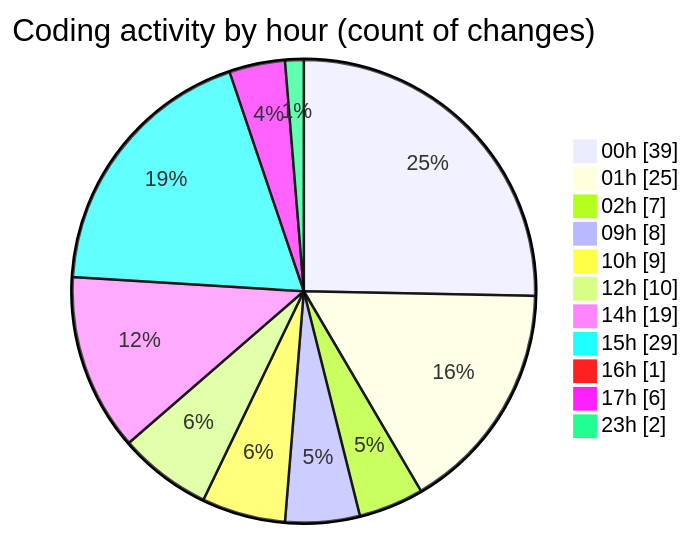
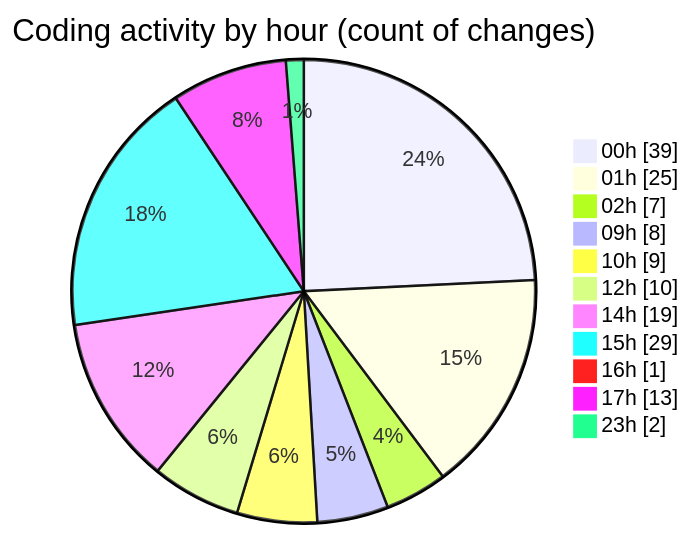
One commit to julien-gomy/code-tracking changed the second of 2 diagrams in 2025-10-10/eventscop-frontend-guide__workspace_/README.md. Above: the diagram before and after it, drawn with Mermaid. The commit also changed other lines of this file and 1 other file, not shown here.

````diff
--- a/2025-10-10/eventscop-frontend-guide__workspace_/README.md
+++ b/2025-10-10/eventscop-frontend-guide__workspace_/README.md
@@ -55,15 +55,15 @@
 ```mermaid
 pie showData
 title Coding activity by hour (count of changes)
 "00h" : 39
 "01h" : 25
 "02h" : 7
 "09h" : 8
 "10h" : 9
 "12h" : 10
 "14h" : 19
 "15h" : 29
 "16h" : 1
-"17h" : 6
+"17h" : 13
 "23h" : 2
 ```
````
